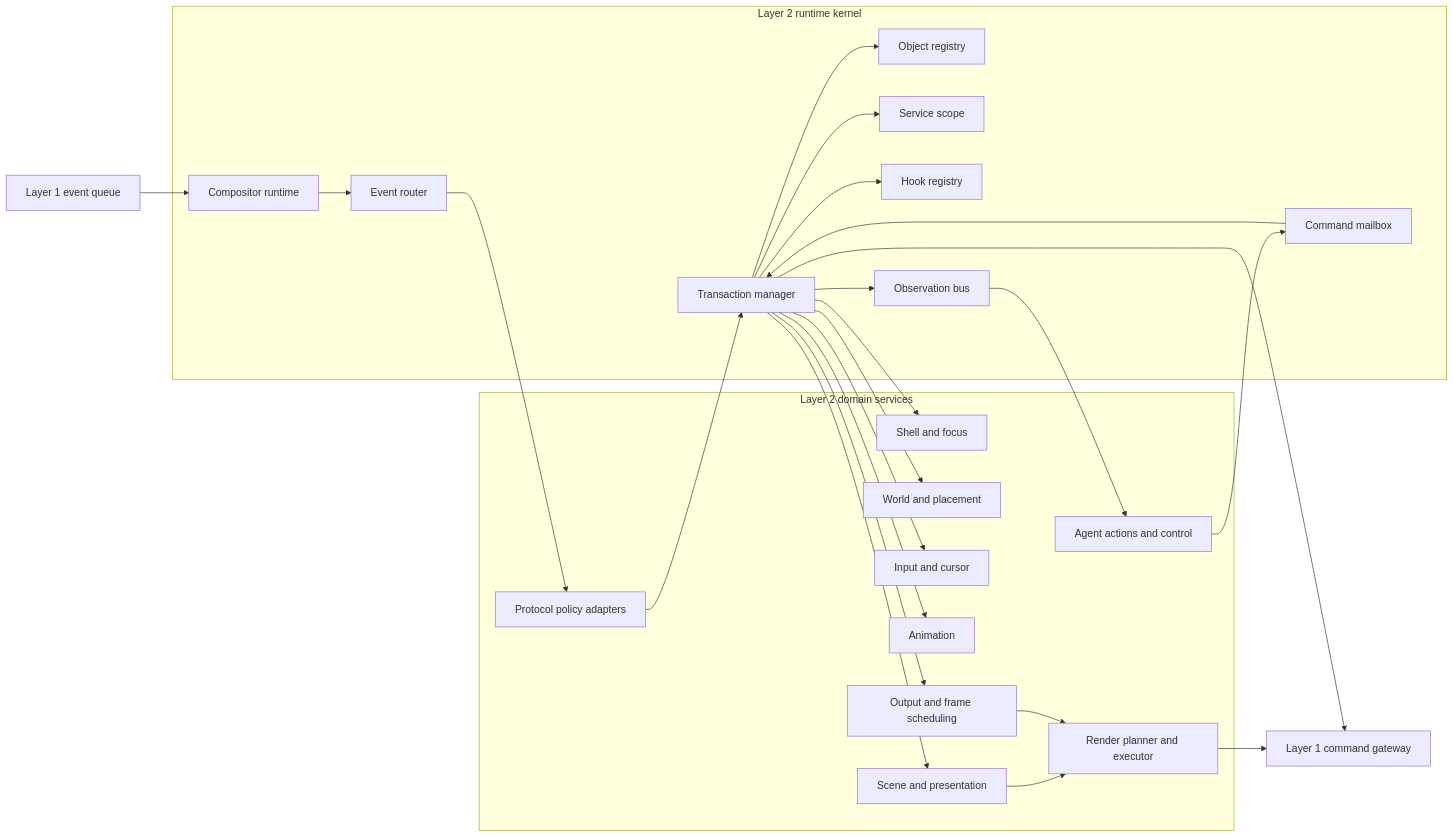
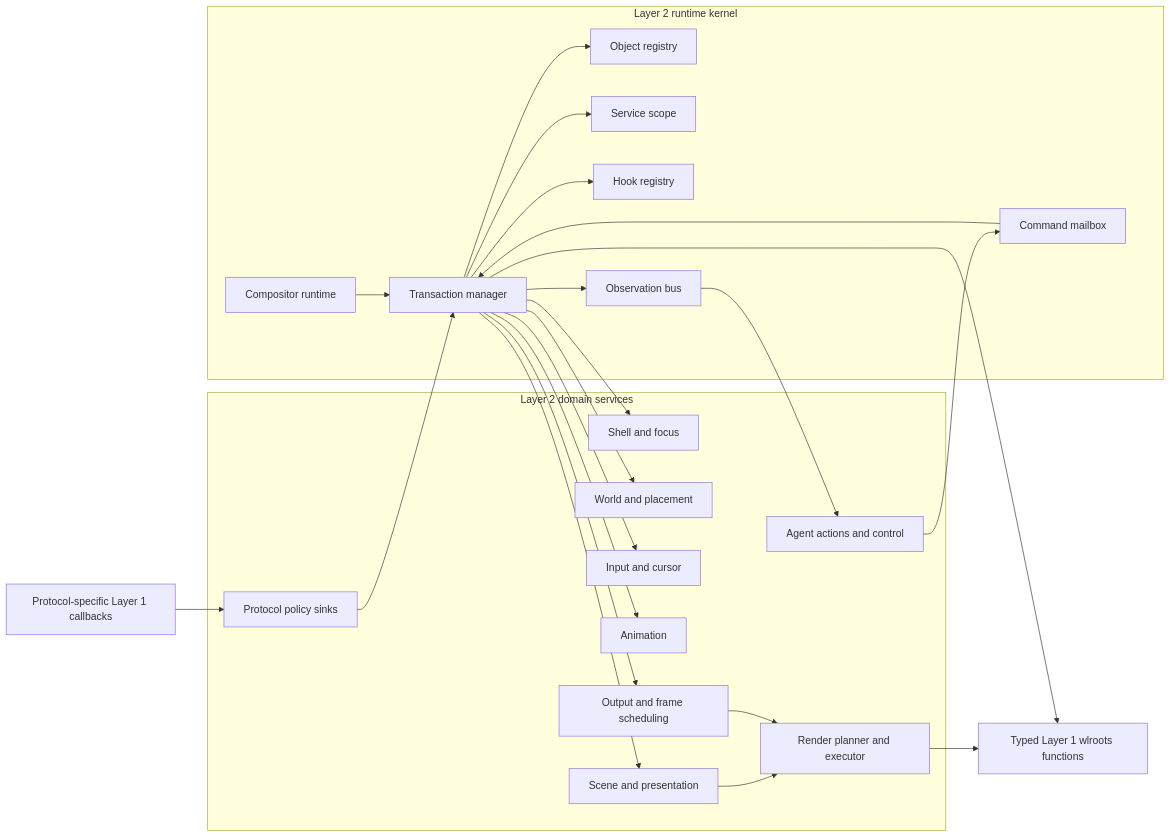
One commit to SeungheonOh/ataxia changed the first of 20 diagrams in docs/LAYER-2-CLOS-DESIGN.md. Above: the diagram before and after it, drawn with Mermaid. The commit also changed other lines of this file, not shown here.

Commit message:
docs: replace native event router with protocol sinks

````diff
--- a/docs/LAYER-2-CLOS-DESIGN.md
+++ b/docs/LAYER-2-CLOS-DESIGN.md
@@ -86,50 +87,48 @@
 ```mermaid
 flowchart LR
-    L1IN[Layer 1 event queue]
-    L1OUT[Layer 1 command gateway]
+    L1IN[Protocol-specific Layer 1 callbacks]
+    L1OUT[Typed Layer 1 wlroots functions]
 
     subgraph KERNEL[Layer 2 runtime kernel]
         RUNTIME[Compositor runtime]
-        ROUTER[Event router]
         OBJECTS[Object registry]
         SCOPE[Service scope]
         HOOKS[Hook registry]
         TX[Transaction manager]
         MAILBOX[Command mailbox]
         OBS[Observation bus]
     end
 
     subgraph DOMAINS[Layer 2 domain services]
-        ADAPTERS[Protocol policy adapters]
+        SINKS[Protocol policy sinks]
         SHELL[Shell and focus]
         WORLD[World and placement]
         INPUT[Input and cursor]
         ANIM[Animation]
         PRESENT[Scene and presentation]
         RENDER[Render planner and executor]
         OUTPUT[Output and frame scheduling]
         AGENT[Agent actions and control]
     end
 
-    L1IN --> RUNTIME
-    RUNTIME --> ROUTER
-    ROUTER --> ADAPTERS
-    ADAPTERS --> TX
+    L1IN --> SINKS
+    SINKS --> TX
+    RUNTIME --> TX
     TX --> SCOPE
     TX --> HOOKS
     TX --> OBJECTS
     TX --> SHELL
     TX --> WORLD
     TX --> INPUT
     TX --> ANIM
     TX --> PRESENT
     TX --> OUTPUT
     MAILBOX --> TX
     AGENT --> MAILBOX
     PRESENT --> RENDER
     OUTPUT --> RENDER
     RENDER --> L1OUT
     TX --> L1OUT
     TX --> OBS
     OBS --> AGENT
 ```
````
